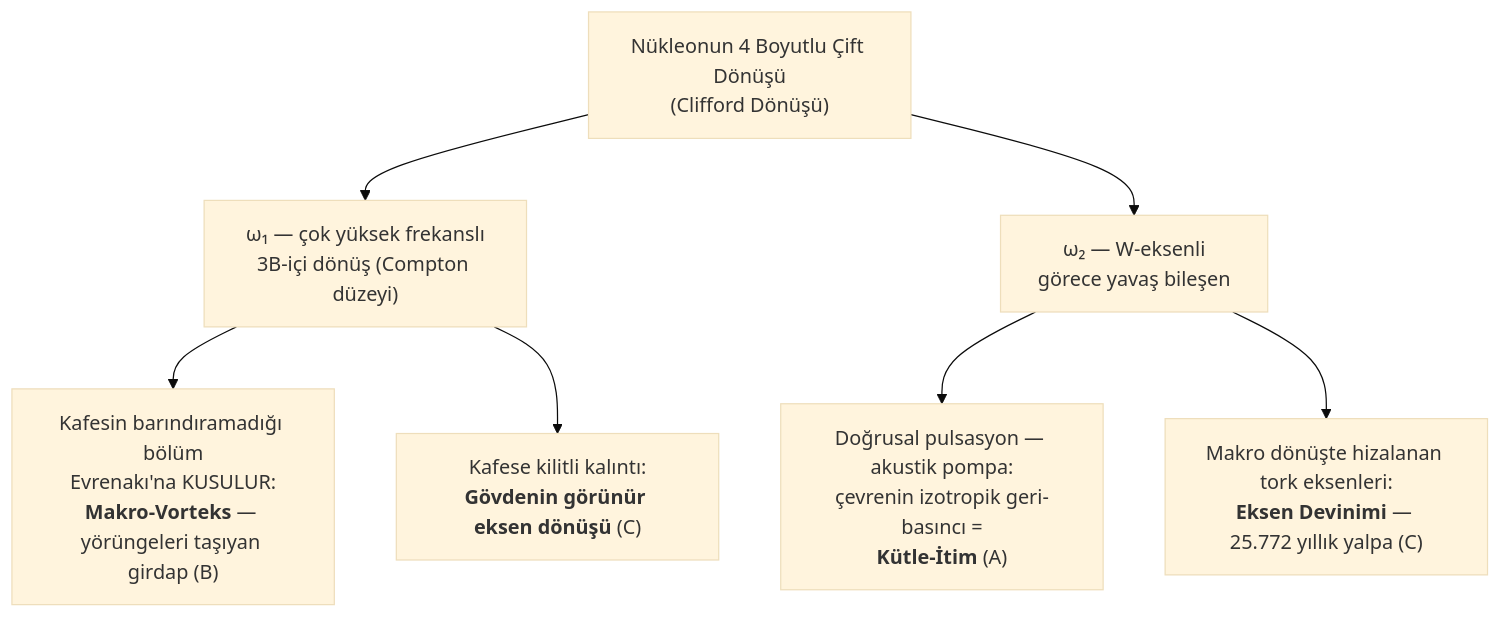
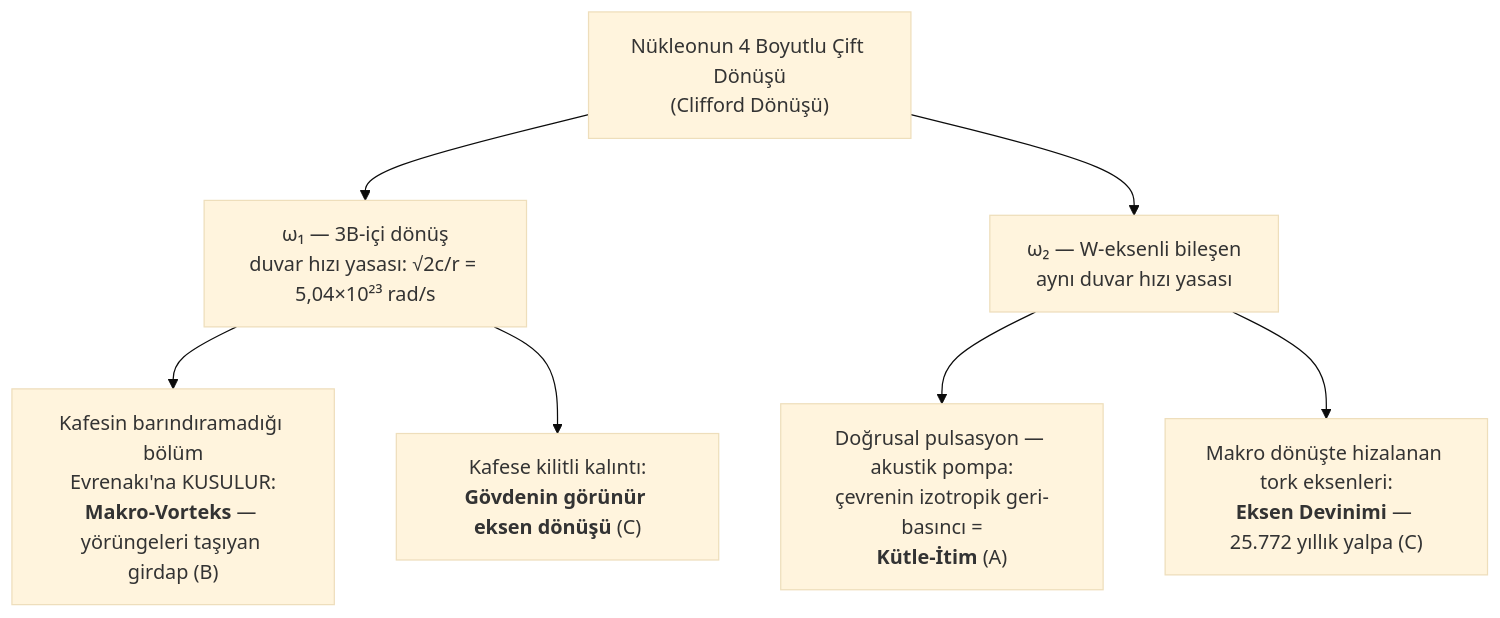
Before and after one commit to burhanguler-collab/evrenaky: the diagram in Metin/Akademik/Kisim_3_Makro_Evren/01_Evrenin_Makine_Dairesi.md, drawn with Mermaid (base theme). The commit also changed other lines of this file and 313 other files, not shown here.

````diff
--- a/Metin/Akademik/Kisim_3_Makro_Evren/01_Evrenin_Makine_Dairesi.md
+++ b/Metin/Akademik/Kisim_3_Makro_Evren/01_Evrenin_Makine_Dairesi.md
@@ -47,10 +49,10 @@
 ```mermaid
 flowchart TD
     KOK["Nükleonun 4 Boyutlu Çift Dönüşü<br/>(Clifford Dönüşü)"]
-    KOK --> W1["ω₁ — çok yüksek frekanslı<br/>3B-içi dönüş (Compton düzeyi)"]
-    KOK --> W2["ω₂ — W-eksenli<br/>görece yavaş bileşen"]
+    KOK --> W1["ω₁ — 3B-içi dönüş<br/>duvar hızı yasası: √2c/r = 5,04×10²³ rad/s"]
+    KOK --> W2["ω₂ — W-eksenli bileşen<br/>aynı duvar hızı yasası"]
     W1 --> VORTEKS["Kafesin barındıramadığı bölüm<br/>Evrenakı'na KUSULUR:<br/><b>Makro-Vorteks</b> — yörüngeleri taşıyan girdap (B)"]
     W1 --> SPIN["Kafese kilitli kalıntı:<br/><b>Gövdenin görünür eksen dönüşü</b> (C)"]
     W2 --> POMPA["Doğrusal pulsasyon — akustik pompa:<br/>çevrenin izotropik geri-basıncı =<br/><b>Kütle-İtim</b> (A)"]
     W2 --> DEVINIM["Makro dönüşte hizalanan tork eksenleri:<br/><b>Eksen Devinimi</b> — 25.772 yıllık yalpa (C)"]
 ```
````
